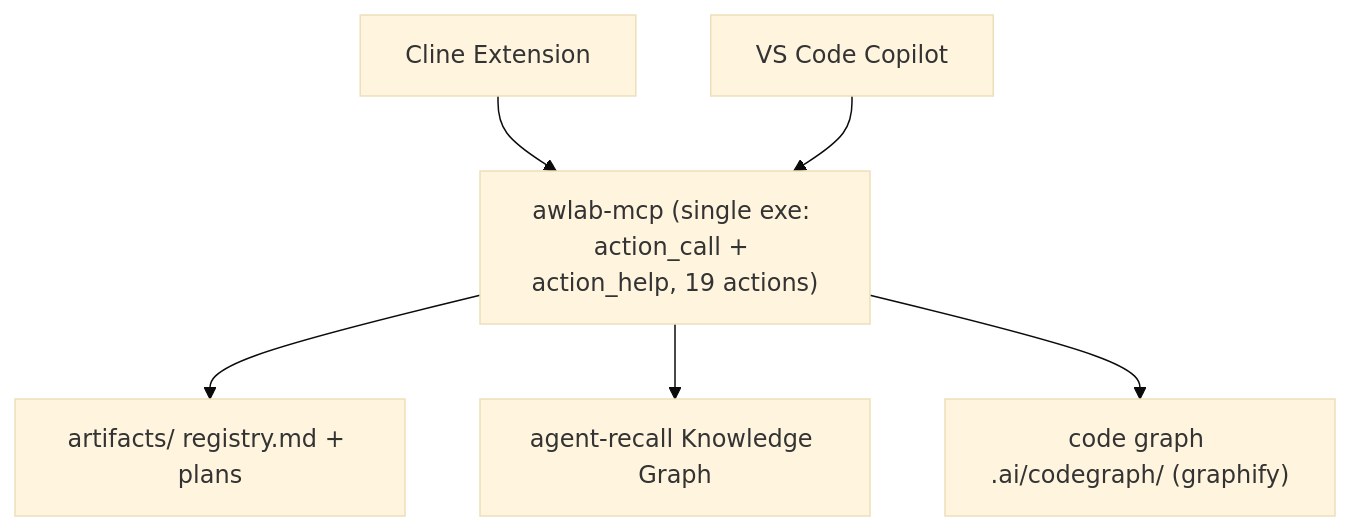
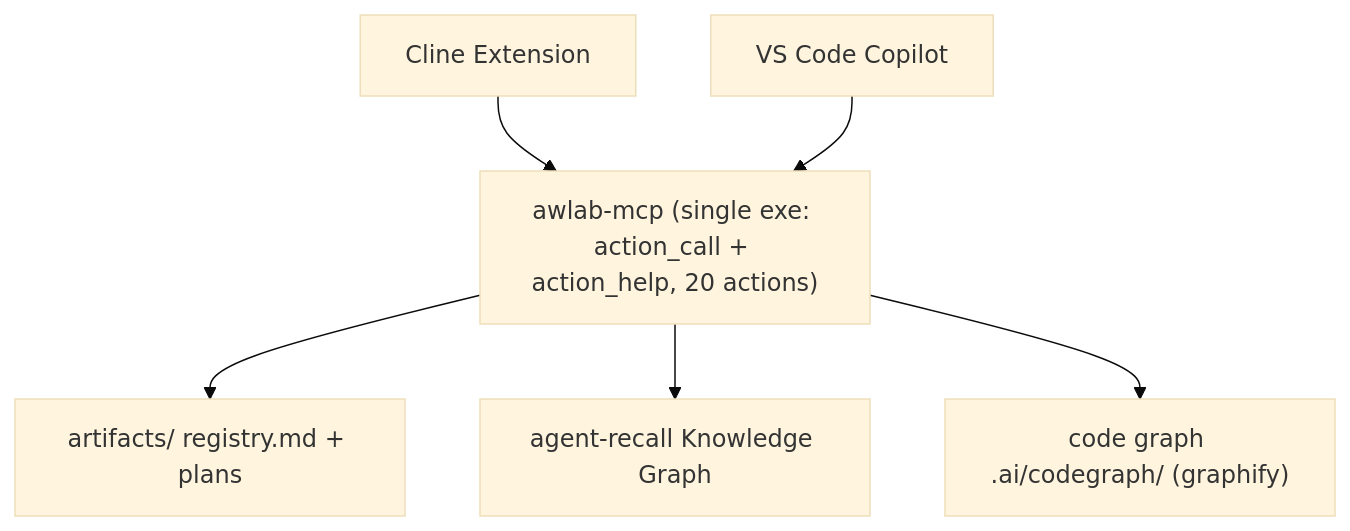
One commit to awsomplak/awlab-ai-assistant changed the diagram in README.md. Above: the diagram before and after it, drawn with Mermaid (base theme). The commit also changed other lines of this file and 7 other files, not shown here.

````diff
--- a/README.md
+++ b/README.md
@@ -29,15 +29,15 @@
 ```mermaid
 graph TB
   CL["Cline Extension"]
   CP["VS Code Copilot"]
-  AM["awlab-mcp (single exe: action_call + action_help, 19 actions)"]
+  AM["awlab-mcp (single exe: action_call + action_help, 20 actions)"]
   ART["artifacts/ registry.md + plans"]
   AG["agent-recall Knowledge Graph"]
   CG["code graph .ai/codegraph/ (graphify)"]
 
   CL --> AM
   CP --> AM
   AM --> ART
   AM --> AG
   AM --> CG
 ```
````
